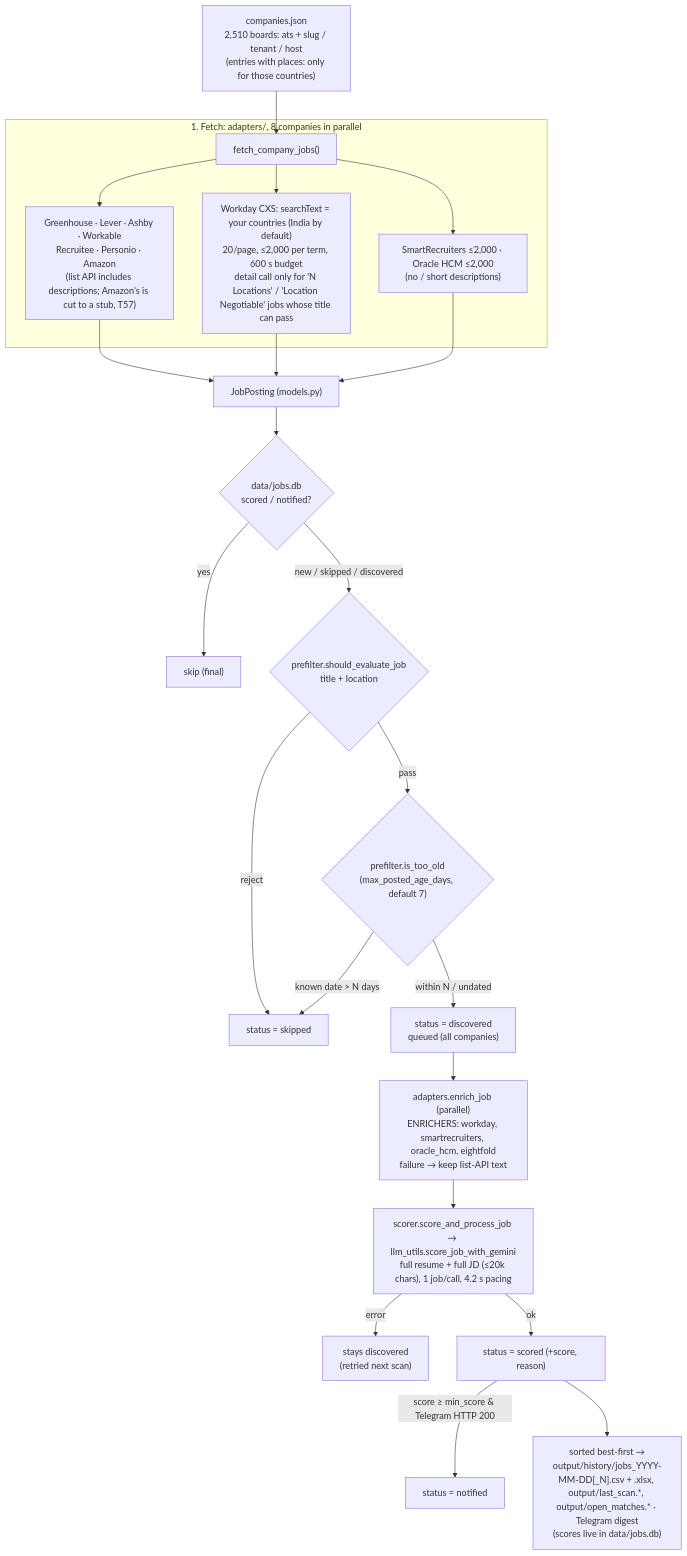
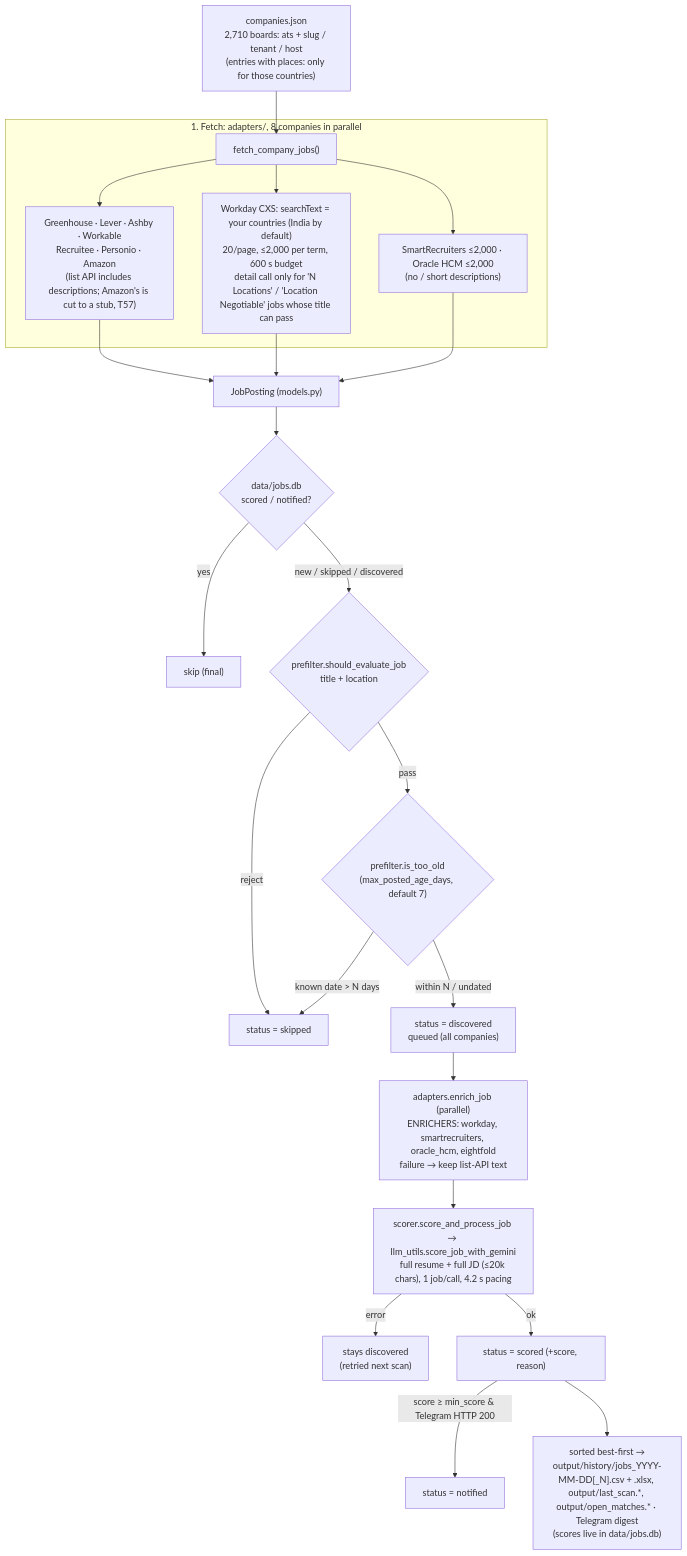
Before and after one commit to Manish814142/rolesight: the diagram in ARCHITECTURE.md, drawn with Mermaid. The commit also changed 7 other files, not shown here.

````diff
--- a/ARCHITECTURE.md
+++ b/ARCHITECTURE.md
@@ -19,25 +19,25 @@
 ```mermaid
 flowchart TD
-    COMP["companies.json<br/>2,510 boards: ats + slug / tenant / host<br/>(entries with places: only for those countries)"] --> FETCH
+    COMP["companies.json<br/>2,710 boards: ats + slug / tenant / host<br/>(entries with places: only for those countries)"] --> FETCH
     subgraph Fetch ["1. Fetch: adapters/, 8 companies in parallel"]
         FETCH["fetch_company_jobs()"] --> LISTAPI["Greenhouse · Lever · Ashby · Workable<br/>Recruitee · Personio · Amazon<br/>(list API includes descriptions; Amazon's is cut to a stub, T57)"]
         FETCH --> WD["Workday CXS: searchText = your countries (India by default)<br/>20/page, ≤2,000 per term, 600 s budget<br/>detail call only for 'N Locations' / 'Location Negotiable' jobs whose title can pass"]
         FETCH --> SROH["SmartRecruiters ≤2,000 · Oracle HCM ≤2,000<br/>(no / short descriptions)"]
     end
     LISTAPI --> JP["JobPosting (models.py)"]
     WD --> JP
     SROH --> JP
     JP --> DEDUP{"data/jobs.db<br/>scored / notified?"}
     DEDUP -- yes --> SKIPF["skip (final)"]
     DEDUP -- "new / skipped / discovered" --> PF{"prefilter.should_evaluate_job<br/>title + location"}
     PF -- reject --> SKIPPED["status = skipped"]
     PF -- pass --> AGE{"prefilter.is_too_old<br/>(max_posted_age_days, default 7)"}
     AGE -- "known date > N days" --> SKIPPED
     AGE -- "within N / undated" --> QUEUE["status = discovered<br/>queued (all companies)"]
     QUEUE --> ENRICH["adapters.enrich_job (parallel)<br/>ENRICHERS: workday, smartrecruiters, oracle_hcm, eightfold<br/>failure → keep list-API text"]
     ENRICH --> SCORE["scorer.score_and_process_job → llm_utils.score_job_with_gemini<br/>full resume + full JD (≤20k chars), 1 job/call, 4.2 s pacing"]
     SCORE -- error --> DISC["stays discovered<br/>(retried next scan)"]
     SCORE -- ok --> SCORED["status = scored (+score, reason)"]
     SCORED -- "score ≥ min_score & Telegram HTTP 200" --> NOTIFIED["status = notified"]
     SCORED --> OUT["sorted best-first →<br/>output/history/jobs_YYYY-MM-DD[_N].csv + .xlsx, output/last_scan.*, output/open_matches.* · Telegram digest<br/>(scores live in data/jobs.db)"]
 ```
````
